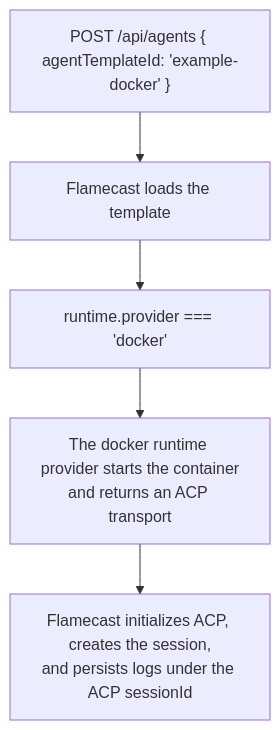
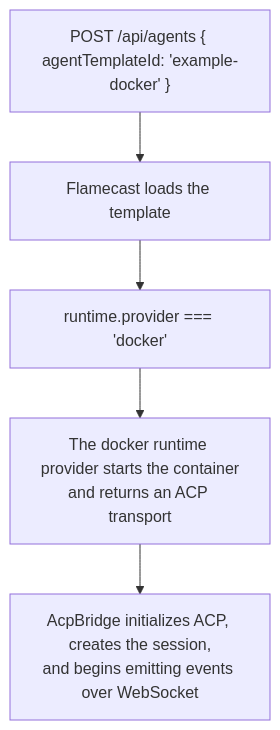
Before and after one commit to gurdasnijor/flamecast: the second of 2 diagrams in README.md, drawn with Mermaid. The commit also changed other lines of this file, not shown here.

First line of the commit message:
Update README to reflect WebSocket + bridge architecture (#57)

````diff
--- a/README.md
+++ b/README.md
@@ -96,10 +168,10 @@
 ```mermaid
 graph TD
     A["POST /api/agents { agentTemplateId: 'example-docker' }"]
     B["Flamecast loads the template"]
     C["runtime.provider === 'docker'"]
     D["The docker runtime provider starts the container<br/>and returns an ACP transport"]
-    E["Flamecast initializes ACP, creates the session,<br/>and persists logs under the ACP sessionId"]
+    E["AcpBridge initializes ACP, creates the session,<br/>and begins emitting events over WebSocket"]
 
     A --> B --> C --> D --> E
 ```
````
